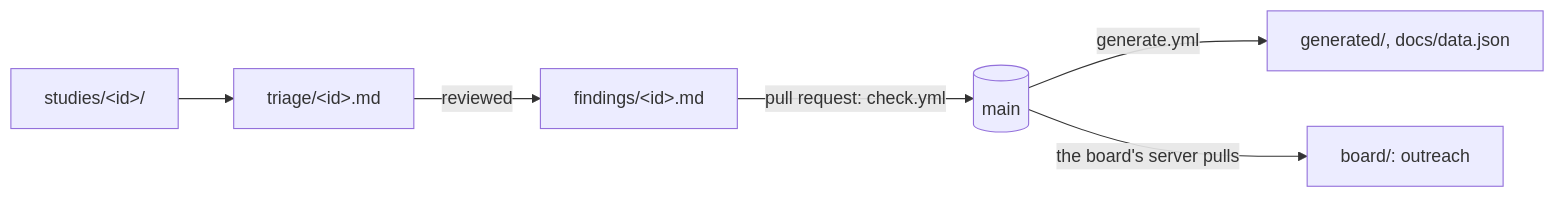
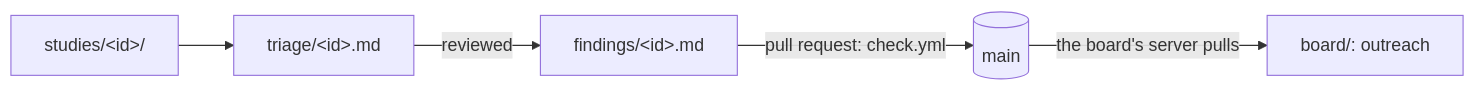
The diagram in README.md (CPerezz/pq-chain-analysis), drawn with Mermaid before and after one commit. The commit also changed other lines of this file and 1083 other files, not shown here.

````diff
--- a/README.md
+++ b/README.md
@@ -12,8 +11,7 @@
 ```mermaid
 flowchart LR
   S["studies/&lt;id&gt;/"] --> T["triage/&lt;id&gt;.md"]
   T -->|reviewed| F["findings/&lt;id&gt;.md"]
   F -->|"pull request: check.yml"| M[(main)]
-  M -->|generate.yml| G["generated/, docs/data.json"]
   M -->|"the board's server pulls"| B["board/: outreach"]
 ```
````
